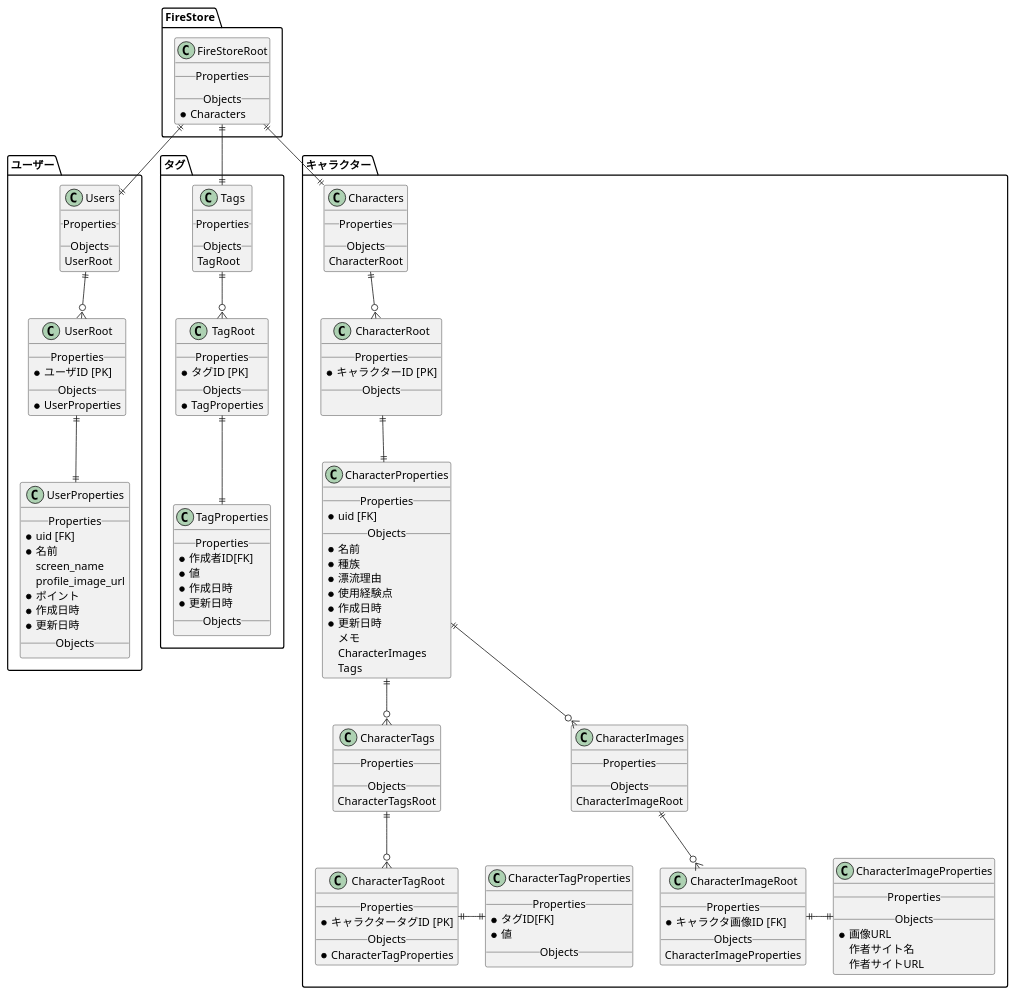
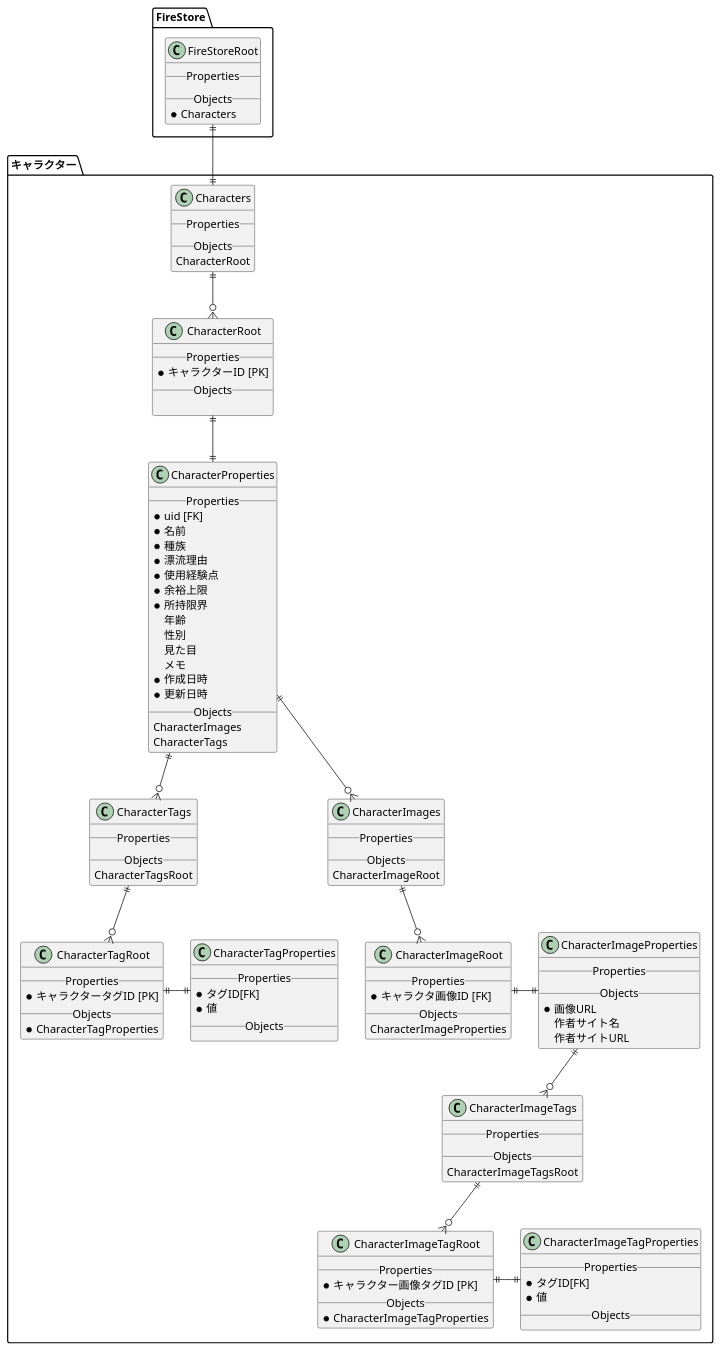
One commit to hibohiboo/whitemap changed the diagram in docs/database/firebase/character.pu. Above: the diagram before and after it, drawn with PlantUML. The commit also changed 6 other files, not shown here.

```diff
--- a/docs/database/firebase/character.pu
+++ b/docs/database/firebase/character.pu
@@ -1,147 +1,120 @@
 @startuml
 /'
   * NOT NULL
 
   --o{ 0以上
   --|{ 1以上
   --|| 1
   --o| 0か1
   
 '/
 package "FireStore" as fs {
   class FireStoreRoot {
     __Properties__
     __Objects__
     * Characters
-  }
-}
-package "ユーザー" as user {
-  class Users {
-    __Properties__
-    __Objects__
-    UserRoot
-  }
-  class UserRoot {
-    __Properties__
-    * ユーザID [PK]
-    __Objects__
-    * UserProperties
-  }
-  class UserProperties {
-    __Properties__
-      * uid [FK]
-      * 名前
-      screen_name
-      profile_image_url
-      * ポイント
-      * 作成日時
-      * 更新日時
-    __Objects__
-  }
-}
-
-package "タグ" as tag {
-  class Tags {
-    __Properties__
-    __Objects__
-    TagRoot
-  }
-  class TagRoot {
-    __Properties__
-    * タグID [PK]
-    __Objects__
-    * TagProperties
-  }
-  class TagProperties {
-    __Properties__
-    * 作成者ID[FK]
-    * 値
-    * 作成日時
-    * 更新日時
-    __Objects__
   }
 }
 
 package "キャラクター" as chara {
   class Characters {
     __Properties__
     __Objects__
     CharacterRoot
   }
   class CharacterRoot {
     __Properties__
     * キャラクターID [PK]
     __Objects__
 
   }
   class CharacterProperties {
     __Properties__
     * uid [FK]
-    __Objects__
     * 名前
     * 種族
     * 漂流理由
     * 使用経験点
+    * 余裕上限
+    * 所持限界
+    年齢
+    性別
+    見た目
+    メモ
     * 作成日時
     * 更新日時
-     メモ
-     CharacterImages
-     Tags
+    __Objects__
+    CharacterImages
+    CharacterTags
   }
-    class CharacterTags {
+  class CharacterTags {
+  __Properties__
+  __Objects__
+  CharacterTagsRoot
+  }
+  class CharacterTagRoot {
     __Properties__
+    * キャラクタータグID [PK]
     __Objects__
-    CharacterTagsRoot
+    * CharacterTagProperties
   }
-      class CharacterTagRoot {
-      __Properties__
-      * キャラクタータグID [PK]
-      __Objects__
-      * CharacterTagProperties
-    }
-    class CharacterTagProperties {
-      __Properties__
-      * タグID[FK]
-      * 値
-      __Objects__
-    }
+  class CharacterTagProperties {
+    __Properties__
+    * タグID[FK]
+    * 値
+    __Objects__
+  }
   class CharacterImages {
     __Properties__
     __Objects__
     CharacterImageRoot
   }
   class CharacterImageRoot {
     __Properties__
     * キャラクタ画像ID [FK]
     __Objects__
     CharacterImageProperties
   }
   class CharacterImageProperties {
     __Properties__
     __Objects__
     * 画像URL
     作者サイト名
     作者サイトURL
   }
+  class CharacterImageTags {
+  __Properties__
+  __Objects__
+  CharacterImageTagsRoot
+  }
+  class CharacterImageTagRoot {
+    __Properties__
+    * キャラクター画像タグID [PK]
+    __Objects__
+    * CharacterImageTagProperties
+  }
+  class CharacterImageTagProperties {
+    __Properties__
+    * タグID[FK]
+    * 値
+    __Objects__
+  }
+
 }
 Characters ||--o{  CharacterRoot
 CharacterRoot ||--|| CharacterProperties 
 CharacterProperties ||--o{ CharacterImages
 CharacterImages ||--o{ CharacterImageRoot
 CharacterImageRoot ||-|| CharacterImageProperties
+CharacterImageProperties||--o{ CharacterImageTags
+CharacterImageTags ||--o{ CharacterImageTagRoot
+CharacterImageTagRoot ||-|| CharacterImageTagProperties
+
 CharacterProperties ||--o{ CharacterTags
 CharacterTags ||--o{ CharacterTagRoot
 CharacterTagRoot ||-|| CharacterTagProperties
 
+FireStoreRoot ||--|| Characters
 
-Users ||--o{  UserRoot
-UserRoot ||--|| UserProperties 
-
-Tags ||--o{  TagRoot
-TagRoot ||--|| TagProperties 
-
-FireStoreRoot ||--|| Characters
-FireStoreRoot ||--|| Users
-FireStoreRoot ||--|| Tags
 
 @enduml
```
